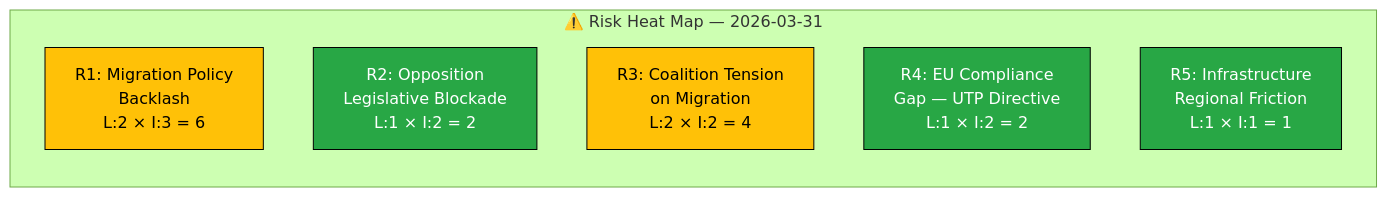
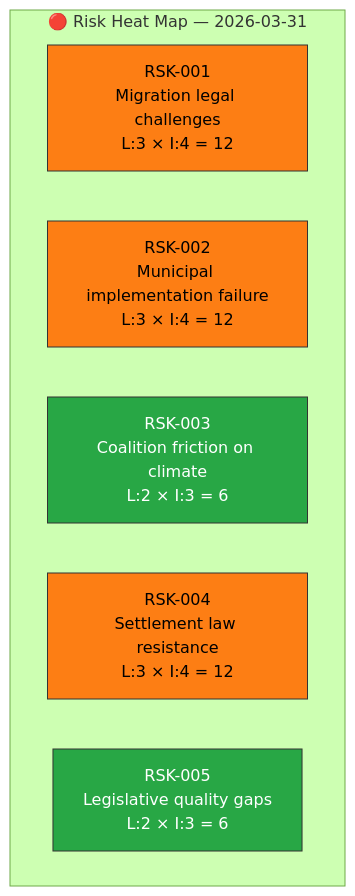
Before and after one commit to Hack23/riksdagsmonitor: the diagram in analysis/daily/2026-03-31/risk-assessment.md, drawn with Mermaid (forest theme). The commit also changed other lines of this file and 22 other files, not shown here.

````diff
--- a/analysis/daily/2026-03-31/risk-assessment.md
+++ b/analysis/daily/2026-03-31/risk-assessment.md
@@ -34,15 +17,16 @@
 ```mermaid
-graph LR
-    subgraph "⚠️ Risk Heat Map — 2026-03-31"
-        R1["R1: Migration Policy<br/>Backlash<br/>L:2 × I:3 = 6"]
-        R2["R2: Opposition<br/>Legislative Blockade<br/>L:1 × I:2 = 2"]
-        R3["R3: Coalition Tension<br/>on Migration<br/>L:2 × I:2 = 4"]
-        R4["R4: EU Compliance<br/>Gap — UTP Directive<br/>L:1 × I:2 = 2"]
-        R5["R5: Infrastructure<br/>Regional Friction<br/>L:1 × I:1 = 1"]
+graph TD
+    subgraph "🔴 Risk Heat Map — 2026-03-31"
+        R1["RSK-001<br/>Migration legal challenges<br/>L:3 × I:4 = 12"]
+        R2["RSK-002<br/>Municipal implementation failure<br/>L:3 × I:4 = 12"]
+        R3["RSK-003<br/>Coalition friction on climate<br/>L:2 × I:3 = 6"]
+        R4["RSK-004<br/>Settlement law resistance<br/>L:3 × I:4 = 12"]
+        R5["RSK-005<br/>Legislative quality gaps<br/>L:2 × I:3 = 6"]
     end
-    style R1 fill:#ffc107,stroke:#000,color:#000
-    style R2 fill:#28a745,stroke:#000,color:#fff
-    style R3 fill:#ffc107,stroke:#000,color:#000
-    style R4 fill:#28a745,stroke:#000,color:#fff
-    style R5 fill:#28a745,stroke:#000,color:#fff
+
+    style R1 fill:#fd7e14,stroke:#333,color:#000
+    style R2 fill:#fd7e14,stroke:#333,color:#000
+    style R3 fill:#28a745,stroke:#333,color:#fff
+    style R4 fill:#fd7e14,stroke:#333,color:#000
+    style R5 fill:#28a745,stroke:#333,color:#fff
 ```
````
